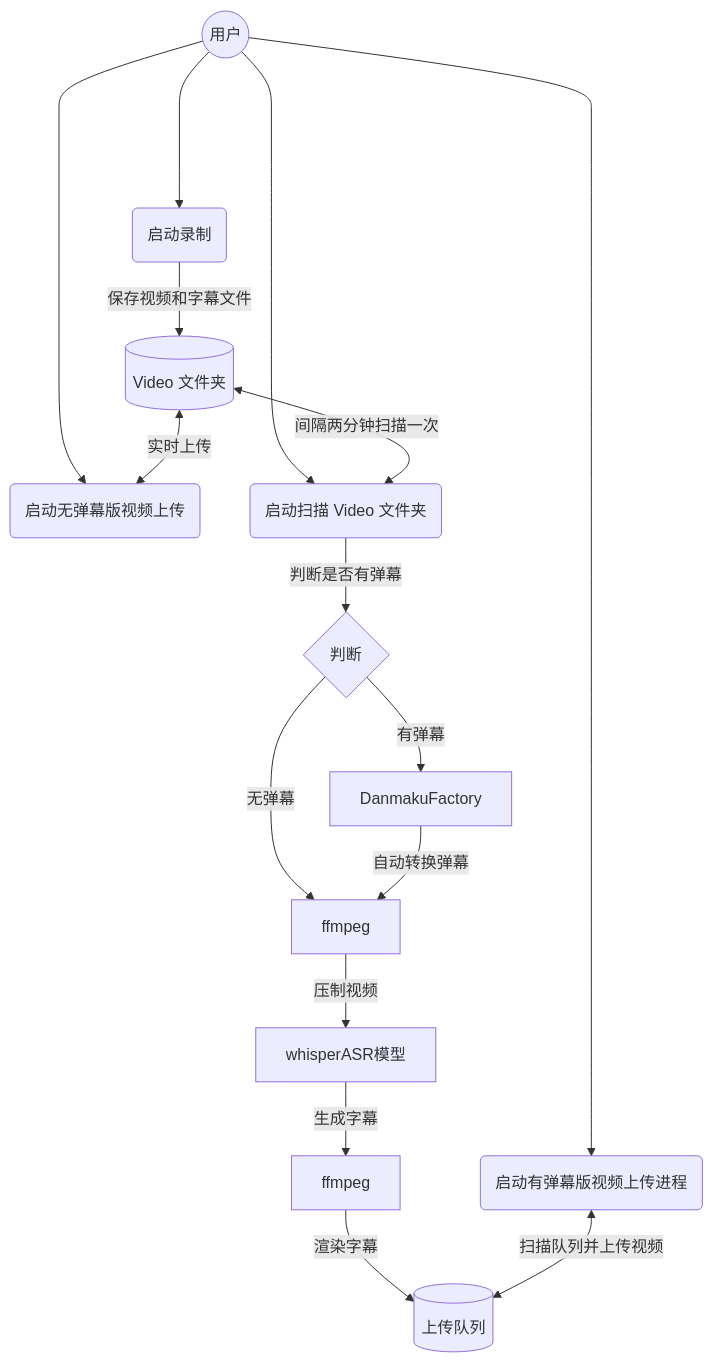
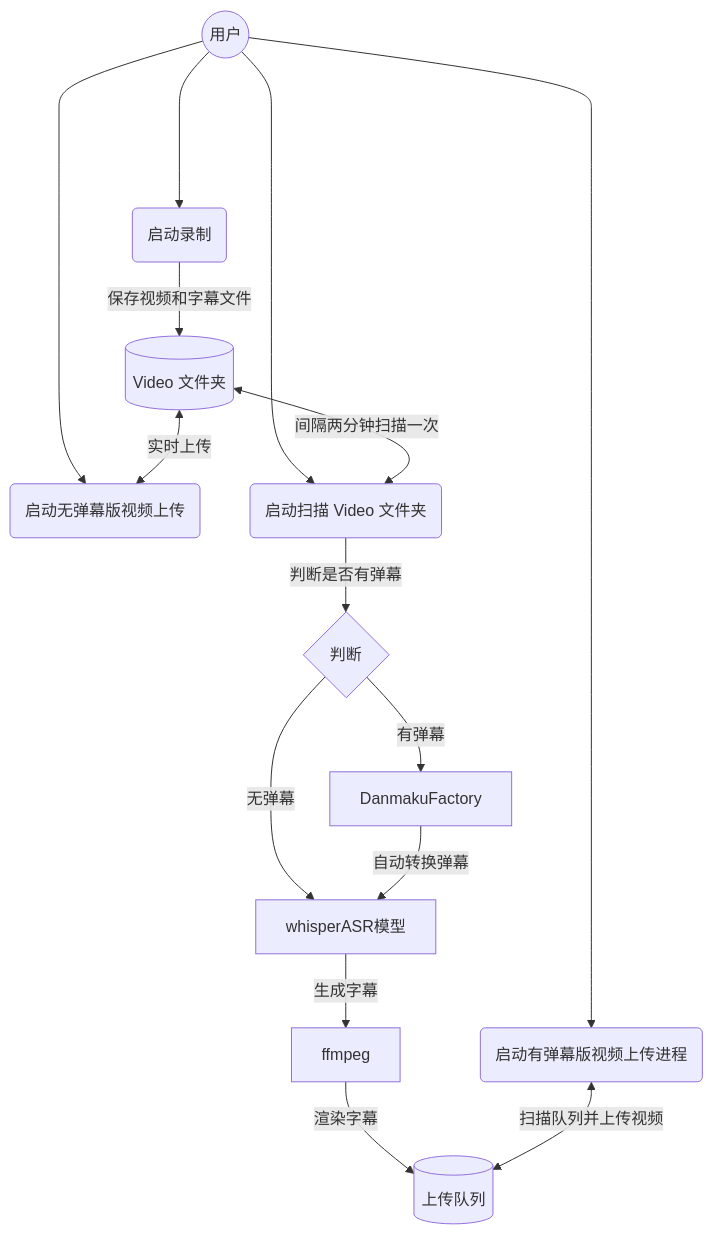
One commit to timerring/blive changed the diagram in README.md. Above: the diagram before and after it, drawn with Mermaid. The commit also changed 4 other files, not shown here.

````diff
--- a/README.md
+++ b/README.md
@@ -35,22 +35,21 @@
 ```mermaid
 graph TD
 
         User((用户))---->startRecord(启动录制)
         startRecord(启动录制)--保存视频和字幕文件-->videoFolder[(Video 文件夹)]
 
         User((用户))---->startUploadNoDanmaku(启动无弹幕版视频上传)
         videoFolder[(Video 文件夹)]<--实时上传-->startUploadNoDanmaku(启动无弹幕版视频上传)
 
         User((用户))---->startScan(启动扫描 Video 文件夹)
         videoFolder[(Video 文件夹)]<--间隔两分钟扫描一次-->startScan(启动扫描 Video 文件夹)
         startScan  --判断是否有弹幕-->ifDanmaku{判断}
         ifDanmaku -->|有弹幕| DanmakuFactory[DanmakuFactory]
-        ifDanmaku -->|无弹幕| ffmpeg[ffmpeg]
-        DanmakuFactory[DanmakuFactory] --自动转换弹幕--> ffmpeg[ffmpeg]
-        ffmpeg[ffmpeg] --压制视频--> whisper[whisperASR模型]
+        ifDanmaku -->|无弹幕| whisper[whisperASR模型]
+        DanmakuFactory[DanmakuFactory] --自动转换弹幕--> whisper[whisperASR模型]
         whisper[whisperASR模型] --生成字幕--> ffmpeg1[ffmpeg]
         ffmpeg1[ffmpeg] --渲染字幕 --> uploadQueue[(上传队列)]
 
         User((用户))---->startUpload(启动有弹幕版视频上传进程)
         startUpload(启动有弹幕版视频上传进程) <--扫描队列并上传视频--> uploadQueue[(上传队列)]
 ```
````
